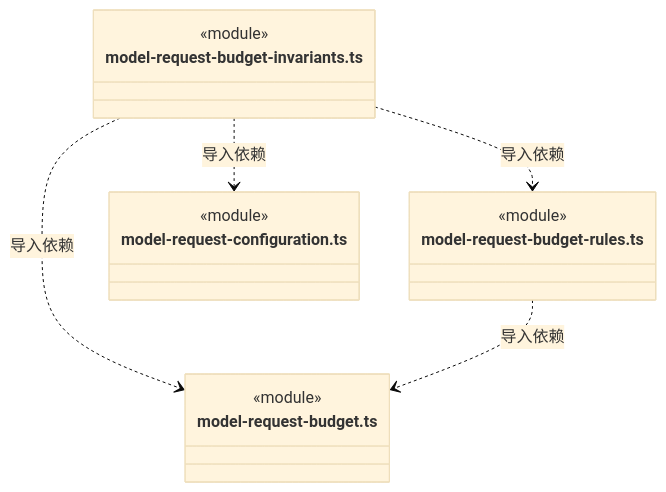
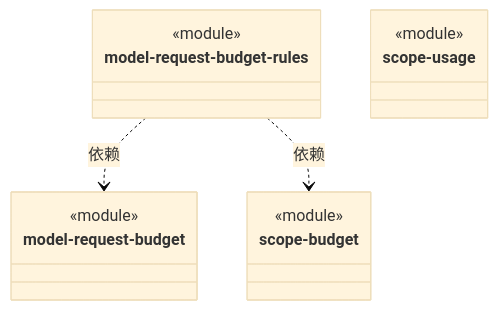
One commit to nan023062/cbim changed the diagram in src/logic/budget/rules/ARCHITECTURE.md. Above: the diagram before and after it, drawn with Mermaid (base theme). The commit also changed other lines of this file and 158 other files, not shown here.

Commit message:
docs: model architecture through nested virtual encapsulations

````diff
--- a/src/logic/budget/rules/ARCHITECTURE.md
+++ b/src/logic/budget/rules/ARCHITECTURE.md
@@ -452,19 +22,21 @@
 ```mermaid
 classDiagram
-class N_src_logic_budget_rules_model_request_budget_invariants_ts["model-request-budget-invariants.ts"] {
+class N_7c32254b75a2["model-request-budget-rules"] {
   <<module>>
 }
-class N_src_logic_budget_rules_model_request_budget_rules_ts["model-request-budget-rules.ts"] {
+click N_7c32254b75a2 href "model-request-budget-rules.ts"
+class N_6724c35a12d1["model-request-budget"] {
   <<module>>
 }
-class N_src_logic_budget_rules_model_request_budget_ts["model-request-budget.ts"] {
+click N_6724c35a12d1 href "model-request-budget.ts"
+class N_0cd76f2ff49d["scope-budget"] {
   <<module>>
 }
-class N_src_logic_budget_rules_model_request_configuration_ts["model-request-configuration.ts"] {
+click N_0cd76f2ff49d href "scope-budget.ts"
+class N_7304a3a9fb46["scope-usage"] {
   <<module>>
 }
-N_src_logic_budget_rules_model_request_budget_invariants_ts ..> N_src_logic_budget_rules_model_request_budget_rules_ts : 导入依赖
-N_src_logic_budget_rules_model_request_budget_invariants_ts ..> N_src_logic_budget_rules_model_request_budget_ts : 导入依赖
-N_src_logic_budget_rules_model_request_budget_invariants_ts ..> N_src_logic_budget_rules_model_request_configuration_ts : 导入依赖
-N_src_logic_budget_rules_model_request_budget_rules_ts ..> N_src_logic_budget_rules_model_request_budget_ts : 导入依赖
+click N_7304a3a9fb46 href "scope-usage.ts"
+N_7c32254b75a2 ..> N_6724c35a12d1 : 依赖
+N_7c32254b75a2 ..> N_0cd76f2ff49d : 依赖
 ```
````
